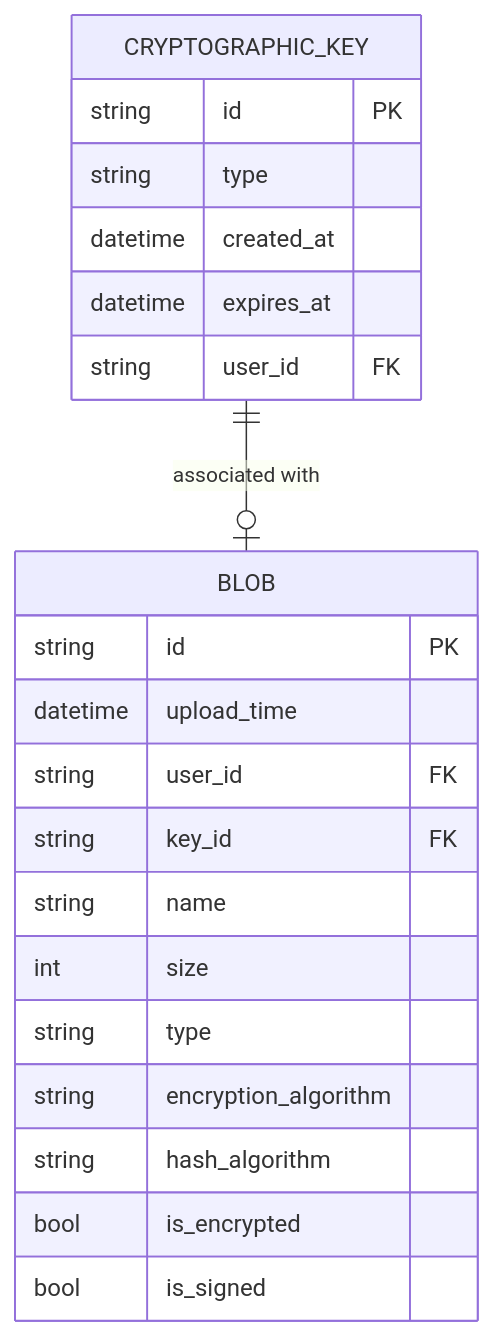
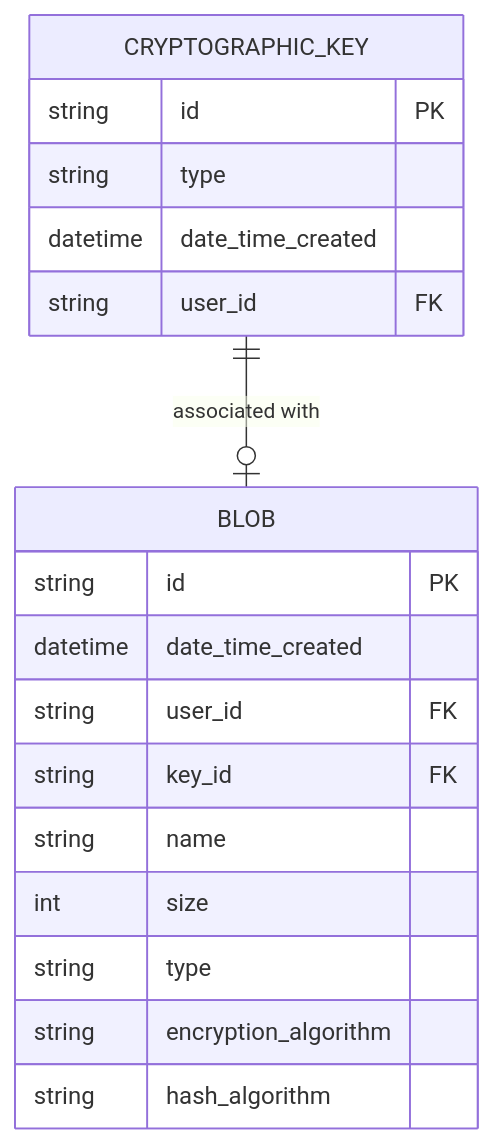
Before and after one commit to MGTheTrain/crypto-vault-service: the diagram in docs/diagrams/erd.mmd, drawn with Mermaid. The commit also changed 4 other files, not shown here.

Commit message:
remove IsEncrypted or IsSigned properties due to encryption or signing behavior being inferred from the EncryptionAlgorithm and HashAlgorithm

```diff
--- a/docs/diagrams/erd.mmd
+++ b/docs/diagrams/erd.mmd
@@ -1,24 +1,21 @@
 erDiagram
     CRYPTOGRAPHIC_KEY {
         string id PK
         string type
-        datetime created_at
-        datetime expires_at
+        datetime date_time_created
         string user_id FK
     }
 
     BLOB {
         string id PK
-        datetime upload_time
+        datetime date_time_created
         string user_id FK
         string key_id FK
         string name
         int size
         string type
         string encryption_algorithm
         string hash_algorithm
-        bool is_encrypted
-        bool is_signed
     }
 
     CRYPTOGRAPHIC_KEY ||--o| BLOB : "associated with"
```
